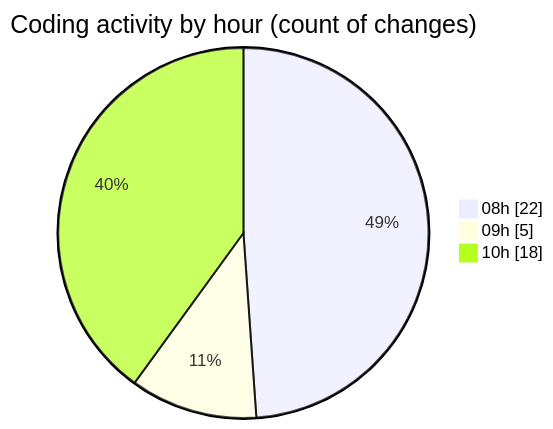
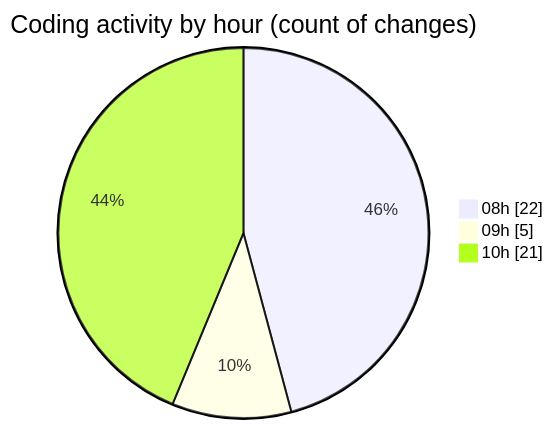
Before and after one commit to robertbonfada/code-tracking: the second of 2 diagrams in 2025-02-17/mbc-web/README.md, drawn with Mermaid. The commit also changed other lines of this file and 1 other file, not shown here.

````diff
--- a/2025-02-17/mbc-web/README.md
+++ b/2025-02-17/mbc-web/README.md
@@ -40,7 +40,7 @@
 ```mermaid
 pie showData
 title Coding activity by hour (count of changes)
 "08h" : 22
 "09h" : 5
-"10h" : 18
+"10h" : 21
 ```
````
